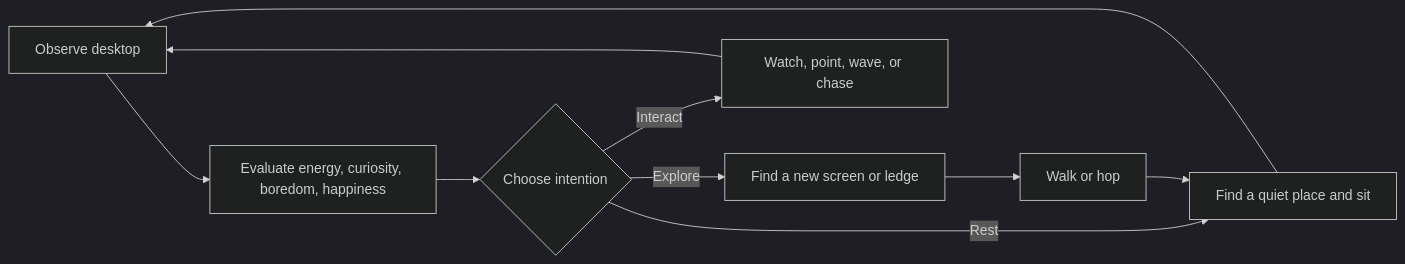
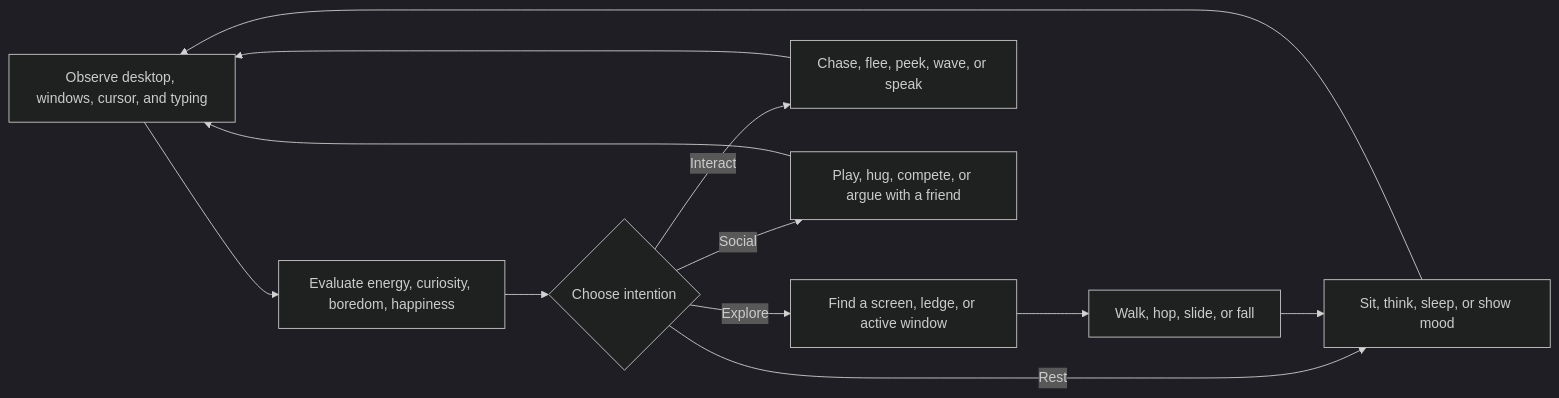
Before and after one commit to MussabMuhaimeed/nimvio: the diagram in README.md, drawn with Mermaid (dark theme). The commit also changed other lines of this file and 12 other files, not shown here.

First line of the commit message:
Add v26.8 social life, richer desktop reactions (#2)

````diff
--- a/README.md
+++ b/README.md
@@ -118,12 +134,14 @@
 ```mermaid
 flowchart LR
-    A["Observe desktop"] --> B["Evaluate energy, curiosity, boredom, happiness"]
+    A["Observe desktop, windows, cursor, and typing"] --> B["Evaluate energy, curiosity, boredom, happiness"]
     B --> C{"Choose intention"}
-    C -->|Explore| D["Find a new screen or ledge"]
-    C -->|Rest| E["Find a quiet place and sit"]
-    C -->|Interact| F["Watch, point, wave, or chase"]
-    D --> G["Walk or hop"]
-    G --> E
+    C -->|Explore| D["Find a screen, ledge, or active window"]
+    C -->|Rest| E["Sit, think, sleep, or show mood"]
+    C -->|Interact| F["Chase, flee, peek, wave, or speak"]
+    C -->|Social| G["Play, hug, compete, or argue with a friend"]
+    D --> H["Walk, hop, slide, or fall"]
+    H --> E
     E --> A
     F --> A
+    G --> A
 ```
````
